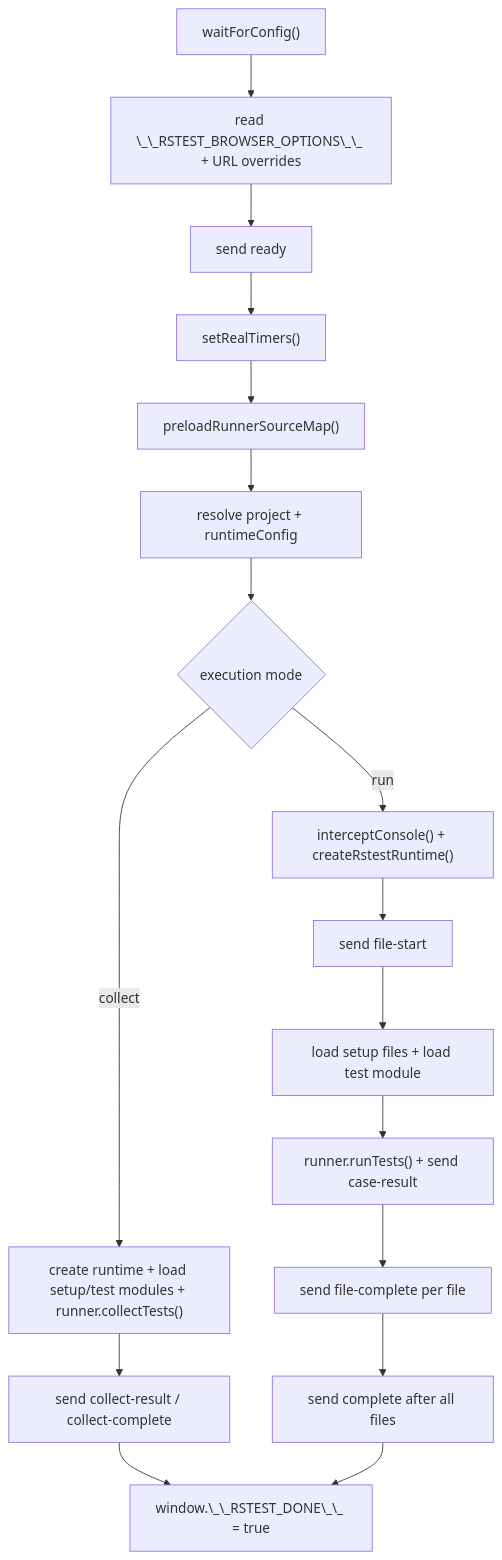
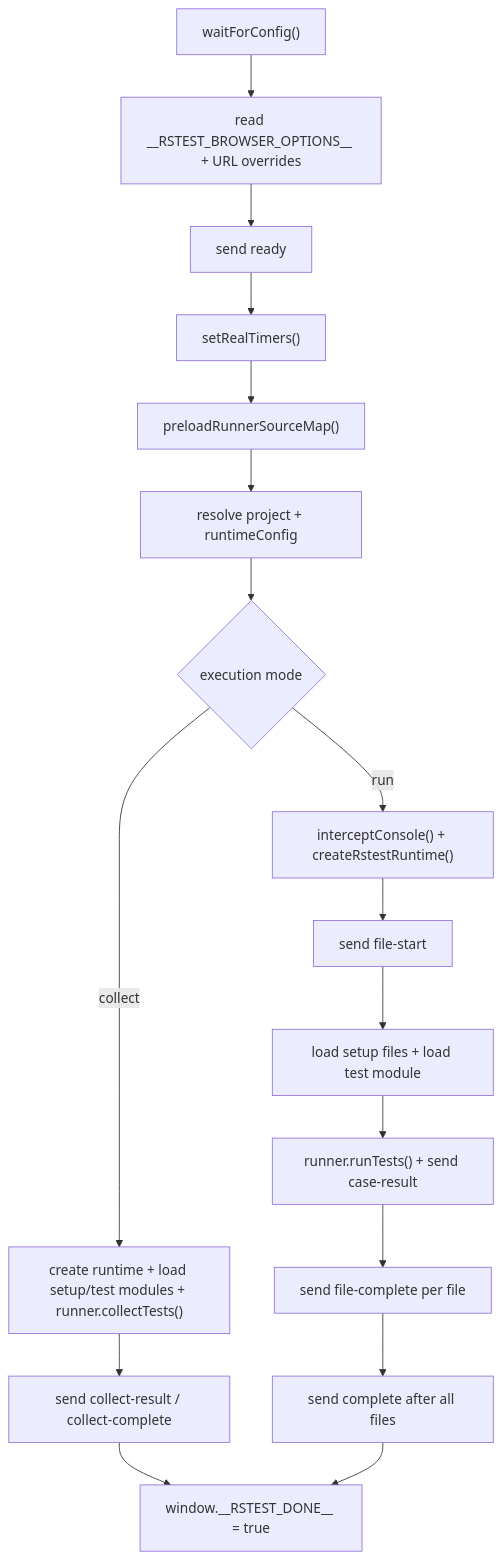
Before and after one commit to web-infra-dev/rstest: the first of 3 diagrams in packages/browser/src/client/AGENTS.md, drawn with Mermaid. The commit also changed other lines of this file and 15 other files, not shown here.

````diff
--- a/packages/browser/src/client/AGENTS.md
+++ b/packages/browser/src/client/AGENTS.md
@@ -7,22 +7,22 @@
 ```mermaid
 flowchart TD
-  A["waitForConfig()"] --> B["read \_\_RSTEST_BROWSER_OPTIONS\_\_ + URL overrides"]
+  A["waitForConfig()"] --> B["read __RSTEST_BROWSER_OPTIONS__ + URL overrides"]
   B --> R["send ready"]
   R --> C["setRealTimers()"]
   C --> D["preloadRunnerSourceMap()"]
   D --> E["resolve project + runtimeConfig"]
   E --> F{"execution mode"}
 
   F -->|collect| G["create runtime + load setup/test modules + runner.collectTests()"]
   G --> H["send collect-result / collect-complete"]
 
   F -->|run| I["interceptConsole() + createRstestRuntime()"]
   I --> J["send file-start"]
   J --> K["load setup files + load test module"]
   K --> L["runner.runTests() + send case-result"]
   L --> N["send file-complete per file"]
   N --> O["send complete after all files"]
 
-  H --> M["window.\_\_RSTEST_DONE\_\_ = true"]
+  H --> M["window.__RSTEST_DONE__ = true"]
   O --> M
 ```
````
